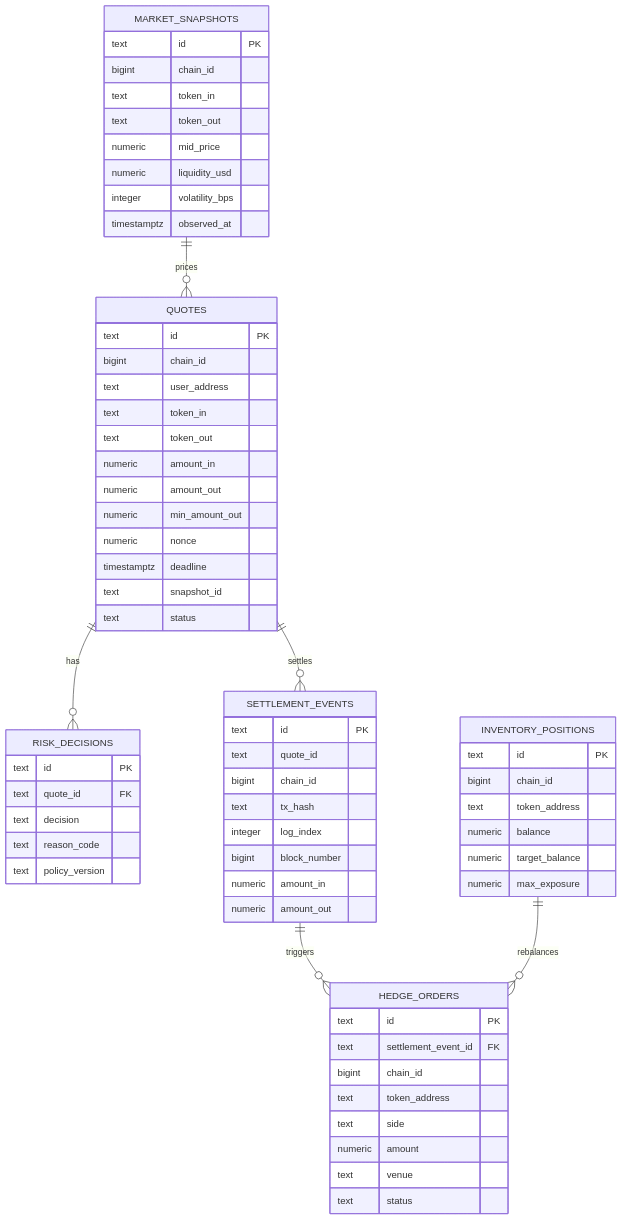
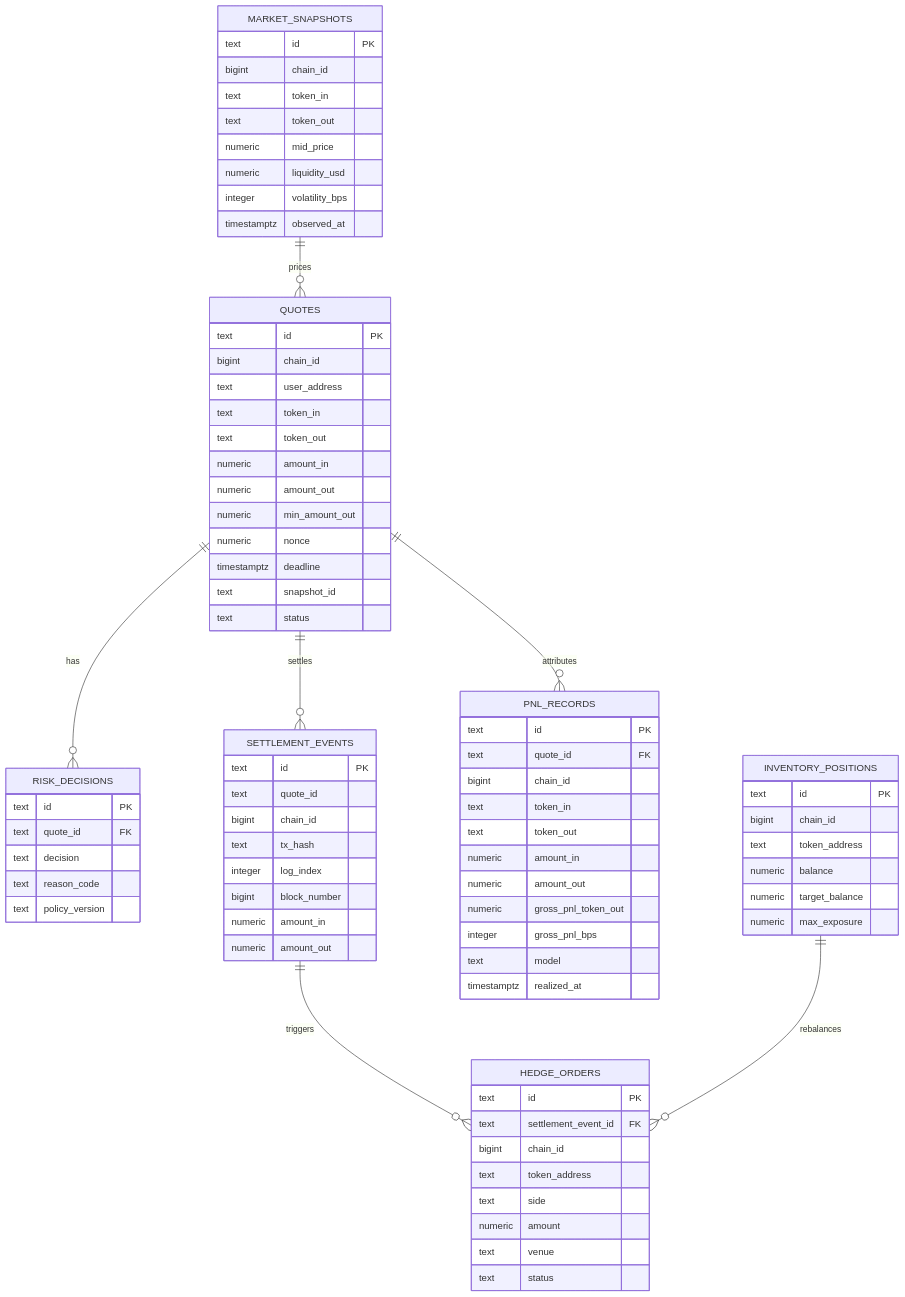
One commit to alvis-ai/production-grade-web3-rfq-market-maker changed the diagram in docs/database/er-diagram.md. Above: the diagram before and after it, drawn with Mermaid. The commit also changed other lines of this file and 7 other files, not shown here.

Commit message:
docs: align database schema with pnl state

````diff
--- a/docs/database/er-diagram.md
+++ b/docs/database/er-diagram.md
@@ -7,6 +7,7 @@
   QUOTES ||--o{ RISK_DECISIONS : has
   QUOTES ||--o{ SETTLEMENT_EVENTS : settles
   SETTLEMENT_EVENTS ||--o{ HEDGE_ORDERS : triggers
+  QUOTES ||--o{ PNL_RECORDS : attributes
   MARKET_SNAPSHOTS ||--o{ QUOTES : prices
   INVENTORY_POSITIONS ||--o{ HEDGE_ORDERS : rebalances
 
@@ -74,4 +75,18 @@
     text venue
     text status
   }
+
+  PNL_RECORDS {
+    text id PK
+    text quote_id FK
+    bigint chain_id
+    text token_in
+    text token_out
+    numeric amount_in
+    numeric amount_out
+    numeric gross_pnl_token_out
+    integer gross_pnl_bps
+    text model
+    timestamptz realized_at
+  }
 ```
````
